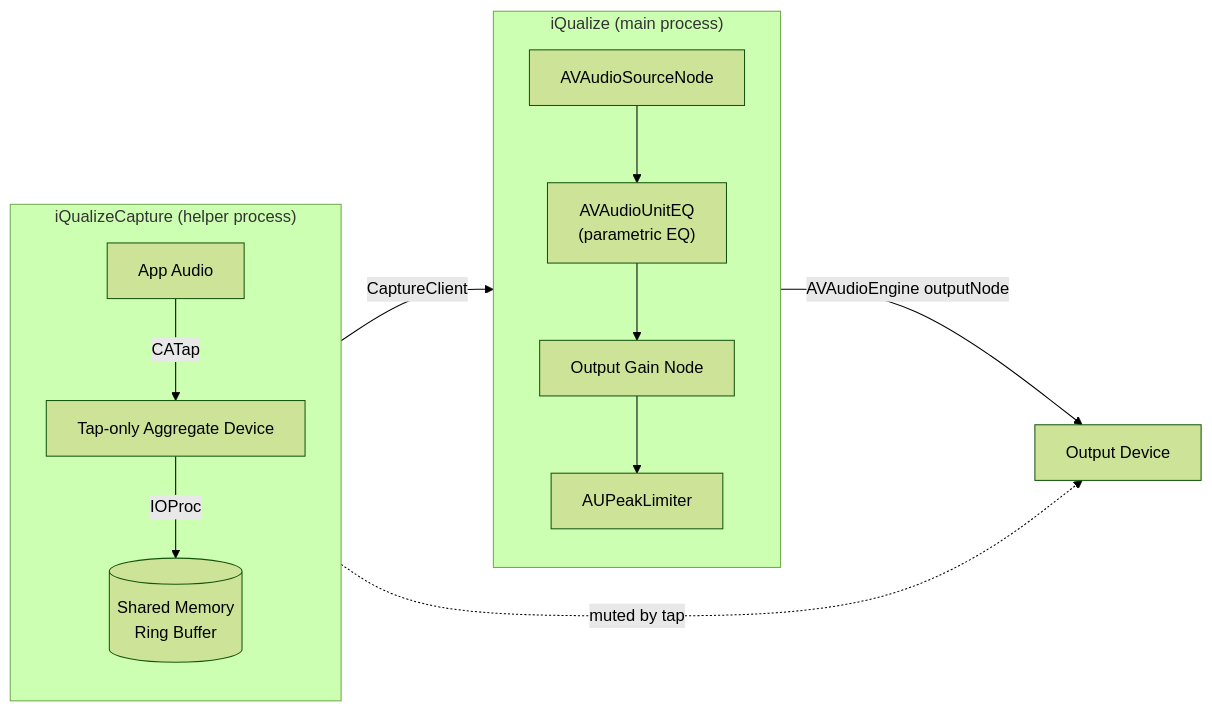
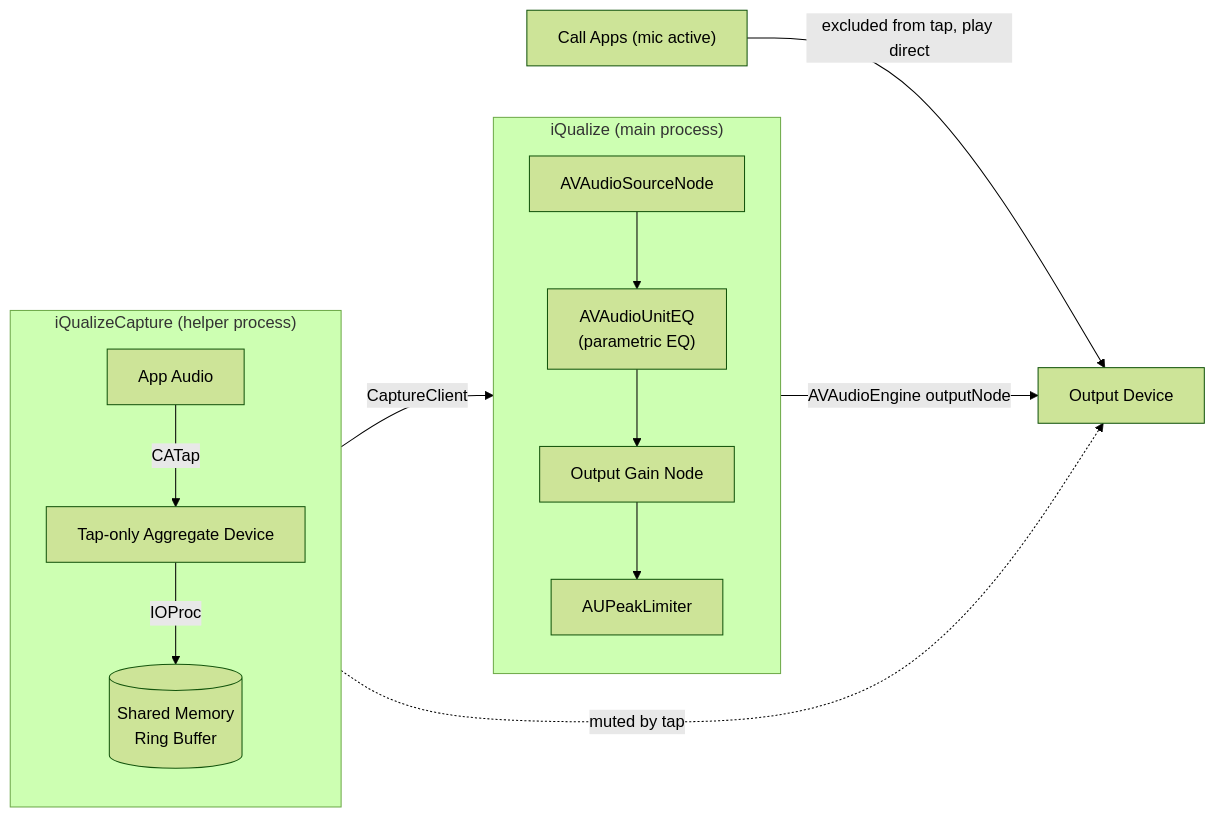
Before and after one commit to dariuscorvus/iqualize: the diagram in README.md, drawn with Mermaid (forest theme). The commit also changed other lines of this file, not shown here.

First line of the commit message:
docs: document call exclusion in README features, architecture, and diagram

````diff
--- a/README.md
+++ b/README.md
@@ -210,19 +213,20 @@
 ```mermaid
 flowchart LR
     subgraph capture["iQualizeCapture (helper process)"]
         direction TB
         apps["App Audio"] -->|CATap| aggregate["Tap-only Aggregate Device"]
         aggregate -->|IOProc| shm[("Shared Memory<br/>Ring Buffer")]
     end
 
     subgraph main["iQualize (main process)"]
         direction TB
         source["AVAudioSourceNode"] --> eq["AVAudioUnitEQ<br/>(parametric EQ)"]
         eq --> gain["Output Gain Node"]
         gain --> limiter["AUPeakLimiter"]
     end
 
     shm -->|CaptureClient| source
     apps -.->|muted by tap| device["Output Device"]
+    calls["Call Apps (mic active)"] -->|"excluded from tap, play direct"| device
     limiter -->|AVAudioEngine outputNode| device
 ```
````
